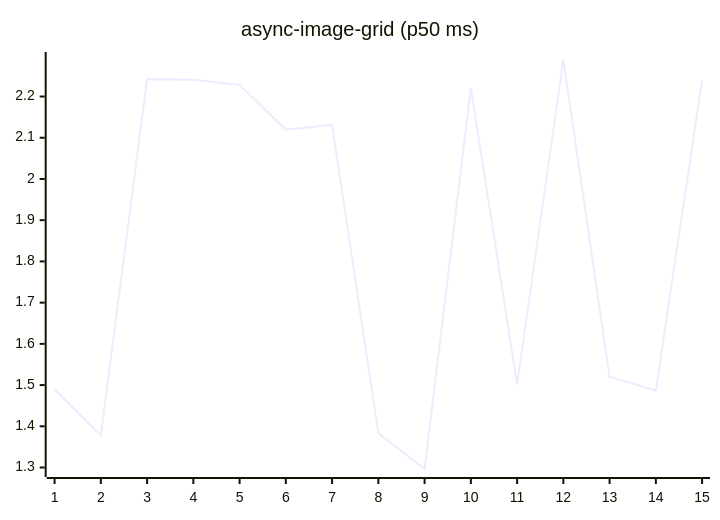
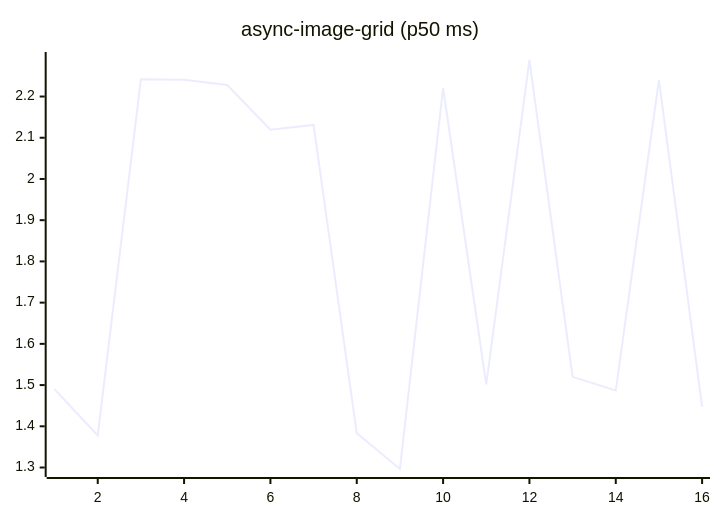
One commit to josha/Facet changed the fifth of 27 diagrams in README.md. Above: the diagram before and after it, drawn with Mermaid. The commit also changed other lines of this file and 2 other files, not shown here.

````diff
--- a/README.md
+++ b/README.md
@@ -91,6 +91,6 @@
 ```mermaid
 xychart-beta
     title "async-image-grid (p50 ms)"
-    x-axis 1 --> 15
-    line [1.4898, 1.3778, 2.2419, 2.2404, 2.2280, 2.1194, 2.1310, 1.3834, 1.2964, 2.2208, 1.5015, 2.2886, 1.5200, 1.4868, 2.2404]
+    x-axis 1 --> 16
+    line [1.4898, 1.3778, 2.2419, 2.2404, 2.2280, 2.1194, 2.1310, 1.3834, 1.2964, 2.2208, 1.5015, 2.2886, 1.5200, 1.4868, 2.2404, 1.4470]
 ```
````
